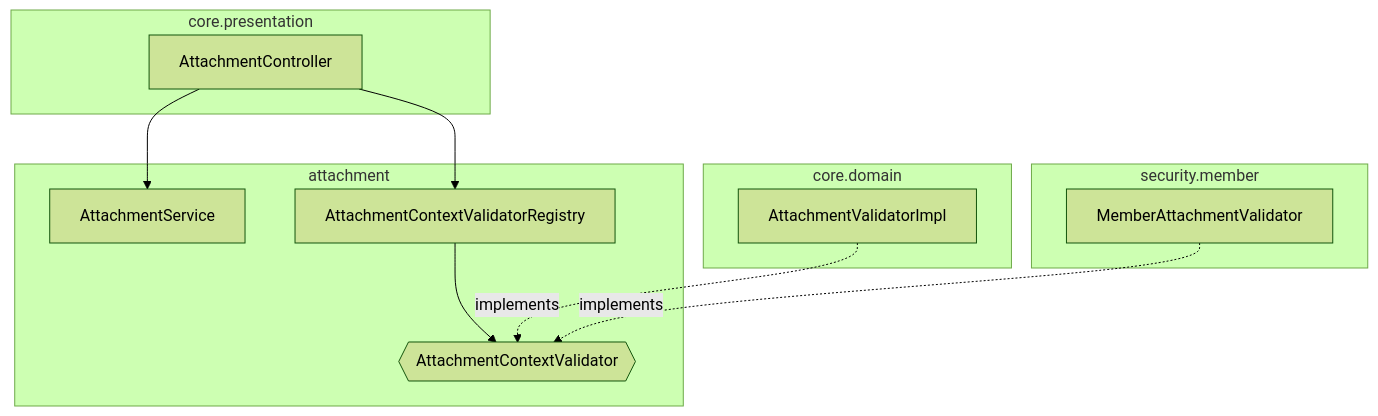
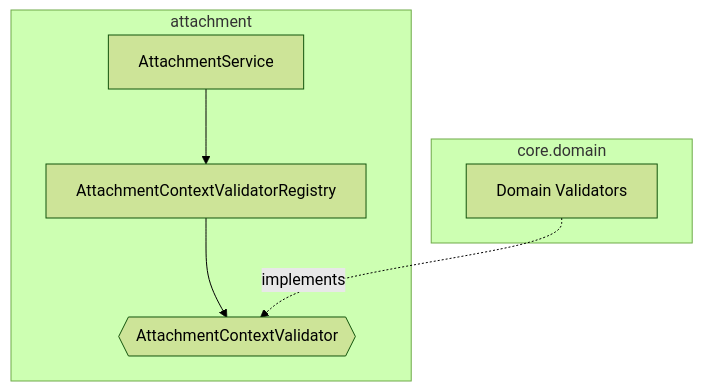
The second of 5 diagrams in apps/api/docs/attachment-architecture.md (mortonCareer/bconnect), drawn with Mermaid (forest theme) before and after one commit. The commit also changed other lines of this file and 7 other files, not shown here.

````diff
--- a/apps/api/docs/attachment-architecture.md
+++ b/apps/api/docs/attachment-architecture.md
@@ -40,22 +57,14 @@
 ```mermaid
 graph TD
-    subgraph core.presentation
-        Ctrl[AttachmentController]
-    end
     subgraph attachment
         Service[AttachmentService]
         Reg[AttachmentContextValidatorRegistry]
         V{{AttachmentContextValidator}}
     end
     subgraph core.domain
-        VImpl[AttachmentValidatorImpl]
+        DomV[Domain Validators]
     end
-    subgraph security.member
-        MemV[MemberAttachmentValidator]
-    end
-    Ctrl --> Reg
-    Ctrl --> Service
+    Service --> Reg
     Reg --> V
-    VImpl -.implements.-> V
-    MemV -.implements.-> V
+    DomV -.implements.-> V
 ```
````
